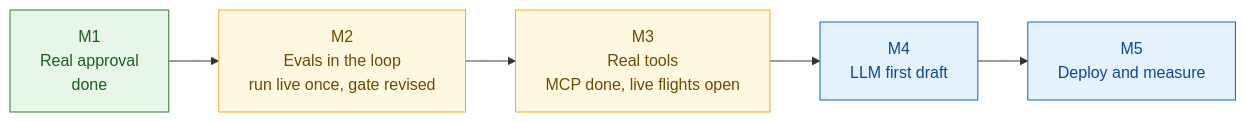
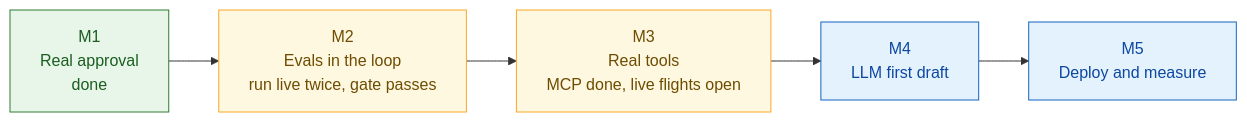
Before and after one commit to Amith-Ganta/Yatra-AI---A-Multi-Agent-Travel-Planner-with-LangGraph: the eighth of 8 diagrams in README.md, drawn with Mermaid. The commit also changed other lines of this file and 6 other files, not shown here.

First line of the commit message:
Record the passing second live eval run in the docs

````diff
--- a/README.md
+++ b/README.md
@@ -399,14 +413,14 @@
 ```mermaid
 flowchart LR
-    M1["M1<br/>Real approval<br/>done"] --> M2["M2<br/>Evals in the loop<br/>run live once, gate revised"]
+    M1["M1<br/>Real approval<br/>done"] --> M2["M2<br/>Evals in the loop<br/>run live twice, gate passes"]
     M2 --> M3["M3<br/>Real tools<br/>MCP done, live flights open"]
     M3 --> M4["M4<br/>LLM first draft"]
     M4 --> M5["M5<br/>Deploy and measure"]
 
     classDef done fill:#e8f5e9,stroke:#2e7d32,color:#1b5e20;
     classDef part fill:#fff8e1,stroke:#f9a825,color:#6d4c00;
     classDef next fill:#e3f2fd,stroke:#1565c0,color:#0d47a1;
     class M1 done;
     class M2,M3 part;
     class M4,M5 next;
 ```
````
